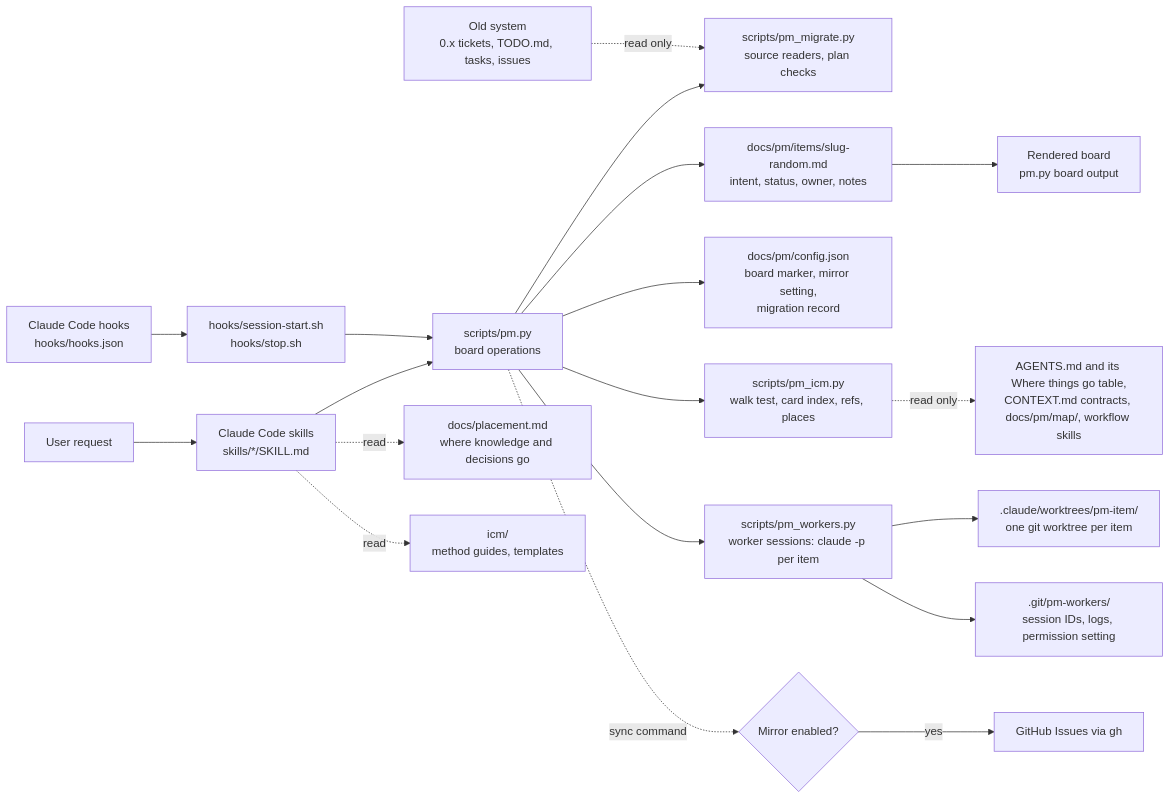
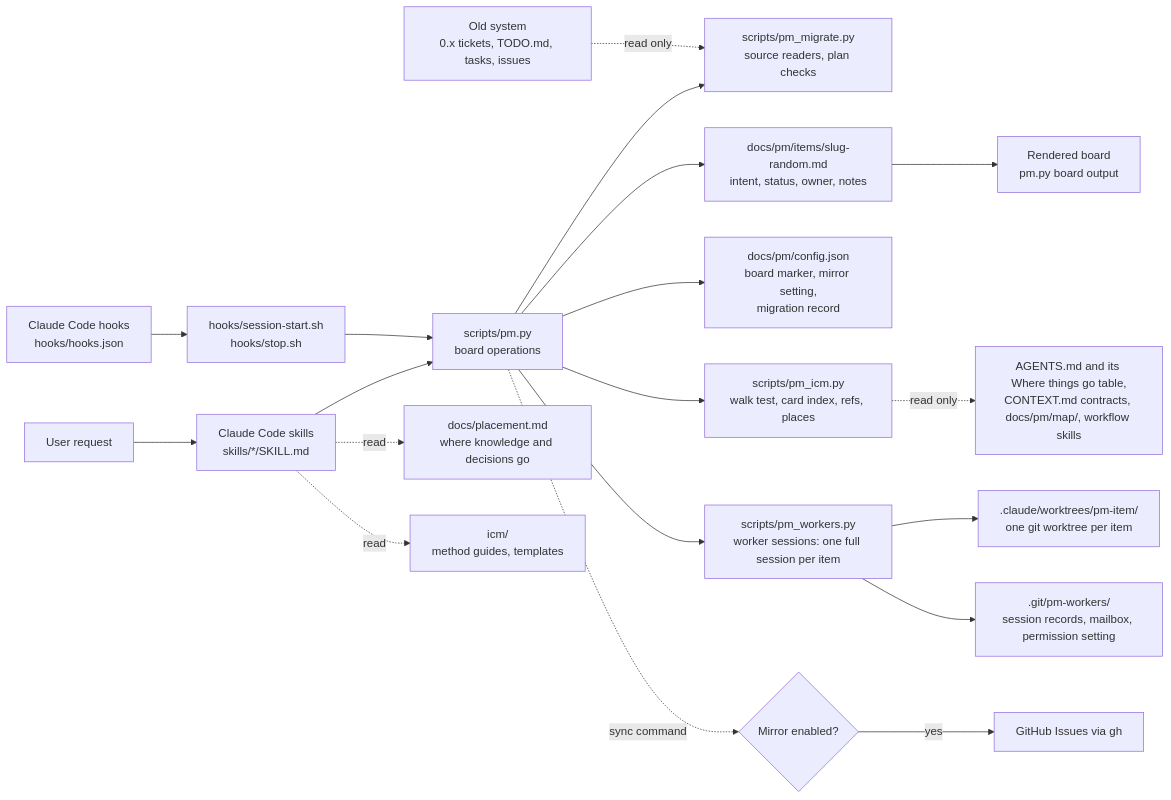
One commit to yehezkieled/pm-plugin changed the first of 4 diagrams in docs/architecture.md. Above: the diagram before and after it, drawn with Mermaid. The commit also changed other lines of this file and 24 other files, not shown here.

First line of the commit message:
feat(workers): use interactive Claude Code sessions (#13)

````diff
--- a/docs/architecture.md
+++ b/docs/architecture.md
@@ -7,21 +7,21 @@
 ```mermaid
 flowchart LR
   U[User request] --> S[Claude Code skills<br/>skills/*/SKILL.md]
   S --> C[scripts/pm.py<br/>board operations]
   C --> M[scripts/pm_migrate.py<br/>source readers, plan checks]
   OLD[Old system<br/>0.x tickets, TODO.md, tasks, issues] -. read only .-> M
   C --> I[docs/pm/items/slug-random.md<br/>intent, status, owner, notes]
   C --> K[docs/pm/config.json<br/>board marker, mirror setting,<br/>migration record]
   S -. read .-> PG[docs/placement.md<br/>where knowledge and decisions go]
   S -. read .-> ICM[icm/<br/>method guides, templates]
   C --> W[scripts/pm_icm.py<br/>walk test, card index, refs, places]
-  C --> WS[scripts/pm_workers.py<br/>worker sessions: claude -p per item]
+  C --> WS[scripts/pm_workers.py<br/>worker sessions: one full session per item]
   WS --> WT[.claude/worktrees/pm-item/<br/>one git worktree per item]
-  WS --> ST[.git/pm-workers/<br/>session IDs, logs, permission setting]
+  WS --> ST[.git/pm-workers/<br/>session records, mailbox, permission setting]
   W -. read only .-> R[AGENTS.md and its Where things go table,<br/>CONTEXT.md contracts, docs/pm/map/, workflow skills]
   I --> B[Rendered board<br/>pm.py board output]
   H[Claude Code hooks<br/>hooks/hooks.json] --> SH[hooks/session-start.sh<br/>hooks/stop.sh]
   SH --> C
   G{Mirror enabled?} -->|yes| GH[GitHub Issues via gh]
   C -. sync command .-> G
 ```
````
